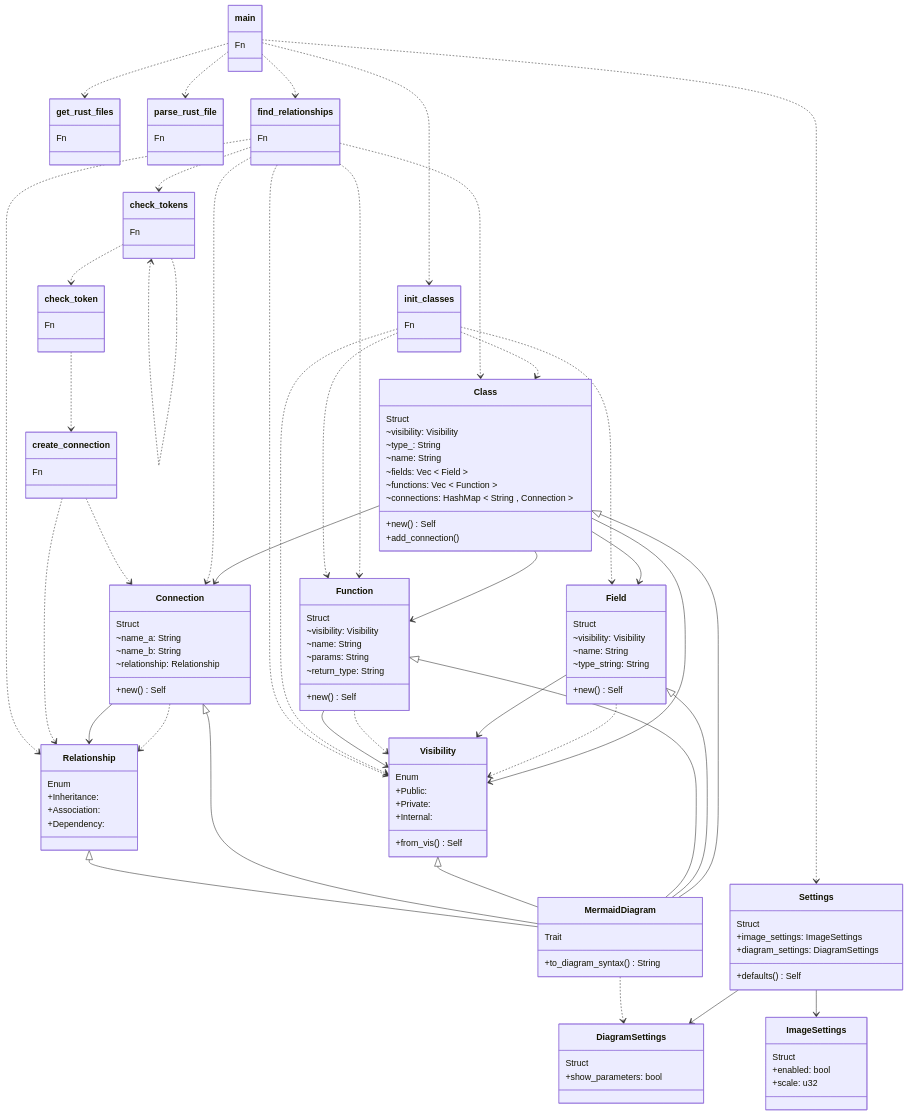
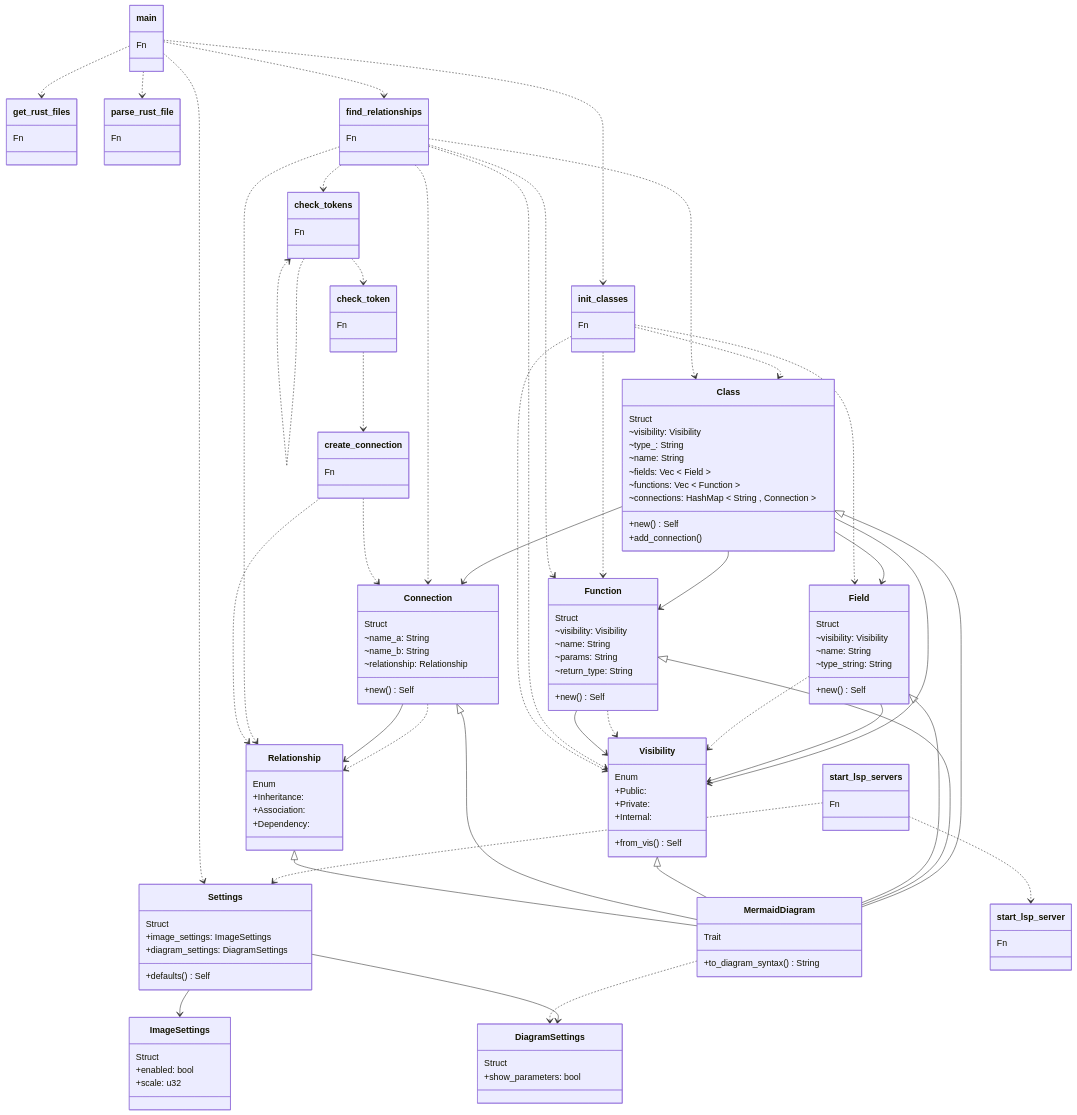
The diagram in diagram.mmd (gusjengis/mermaid-class-diagrams), drawn with Mermaid before and after one commit. The commit also changed 5 other files, not shown here.

```diff
--- a/diagram.mmd
+++ b/diagram.mmd
@@ -1,164 +1,177 @@
 classDiagram
 
 class init_classes {
 Fn
 }
 
 main ..> init_classes
 
 class get_rust_files {
 Fn
 }
 
 main ..> get_rust_files
 
 class parse_rust_file {
 Fn
 }
 
 main ..> parse_rust_file
 
 class MermaidDiagram {
 Trait
 +to_diagram_syntax() String
 }
 
 Class <|-- MermaidDiagram
+Function <|-- MermaidDiagram
 Field <|-- MermaidDiagram
-Function <|-- MermaidDiagram
 Visibility <|-- MermaidDiagram
 Connection <|-- MermaidDiagram
 Relationship <|-- MermaidDiagram
 
 class find_relationships {
 Fn
 }
 
 main ..> find_relationships
 
 class check_tokens {
 Fn
 }
 
 check_tokens ..> check_tokens
 find_relationships ..> check_tokens
 
 class check_token {
 Fn
 }
 
 check_tokens ..> check_token
 
 class create_connection {
 Fn
 }
 
 check_token ..> create_connection
 
 class Class {
 Struct
 ~visibility: Visibility
 ~type_: String
 ~name: String
 ~fields: Vec < Field >
 ~functions: Vec < Function >
 ~connections: HashMap < String , Connection >
 +new() Self
 +add_connection() 
 }
 
+Class --> Connection
+Class --> Visibility
 Class --> Field
 init_classes ..> Class
 find_relationships ..> Class
 Class --> Function
-Class --> Visibility
-Class --> Connection
 
 class Field {
 Struct
 ~visibility: Visibility
 ~name: String
 ~type_string: String
 +new() Self
 }
 
 init_classes ..> Field
+Field --> Visibility
 Field ..> Visibility
-Field --> Visibility
 
 class Function {
 Struct
 ~visibility: Visibility
 ~name: String
 ~params: String
 ~return_type: String
 +new() Self
 }
 
+init_classes ..> Function
 find_relationships ..> Function
 Function ..> Visibility
 Function --> Visibility
-init_classes ..> Function
 
 class Connection {
 Struct
 ~name_a: String
 ~name_b: String
 ~relationship: Relationship
 +new() Self
 }
 
 Connection ..> Relationship
-Connection --> Relationship
 find_relationships ..> Connection
 create_connection ..> Connection
+Connection --> Relationship
 
 class Relationship {
 Enum
 +Inheritance: 
 +Association: 
 +Dependency: 
 }
 
+find_relationships ..> Relationship
 create_connection ..> Relationship
-find_relationships ..> Relationship
 
 class Visibility {
 Enum
 +Public: 
 +Private: 
 +Internal: 
 +from_vis() Self
 }
 
+find_relationships ..> Visibility
 init_classes ..> Visibility
-find_relationships ..> Visibility
 
 class Settings {
 Struct
 +image_settings: ImageSettings
 +diagram_settings: DiagramSettings
 +defaults() Self
 }
 
+Settings --> ImageSettings
 Settings --> DiagramSettings
-Settings --> ImageSettings
+start_lsp_servers ..> Settings
 main ..> Settings
 
 class ImageSettings {
 Struct
 +enabled: bool
 +scale: u32
 }
 
 
 class DiagramSettings {
 Struct
 +show_parameters: bool
 }
 
 MermaidDiagram ..> DiagramSettings
 
 class main {
 Fn
 }
+
+
+class start_lsp_servers {
+Fn
+}
+
+
+class start_lsp_server {
+Fn
+}
+
+start_lsp_servers ..> start_lsp_server
```
